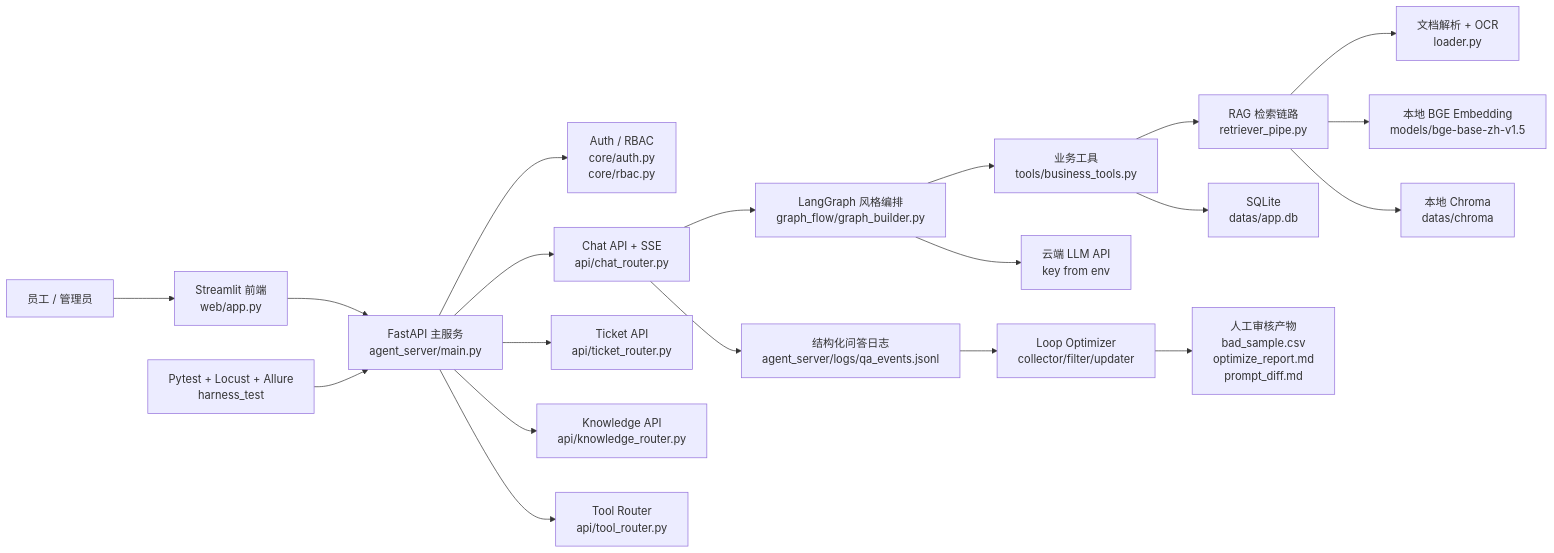
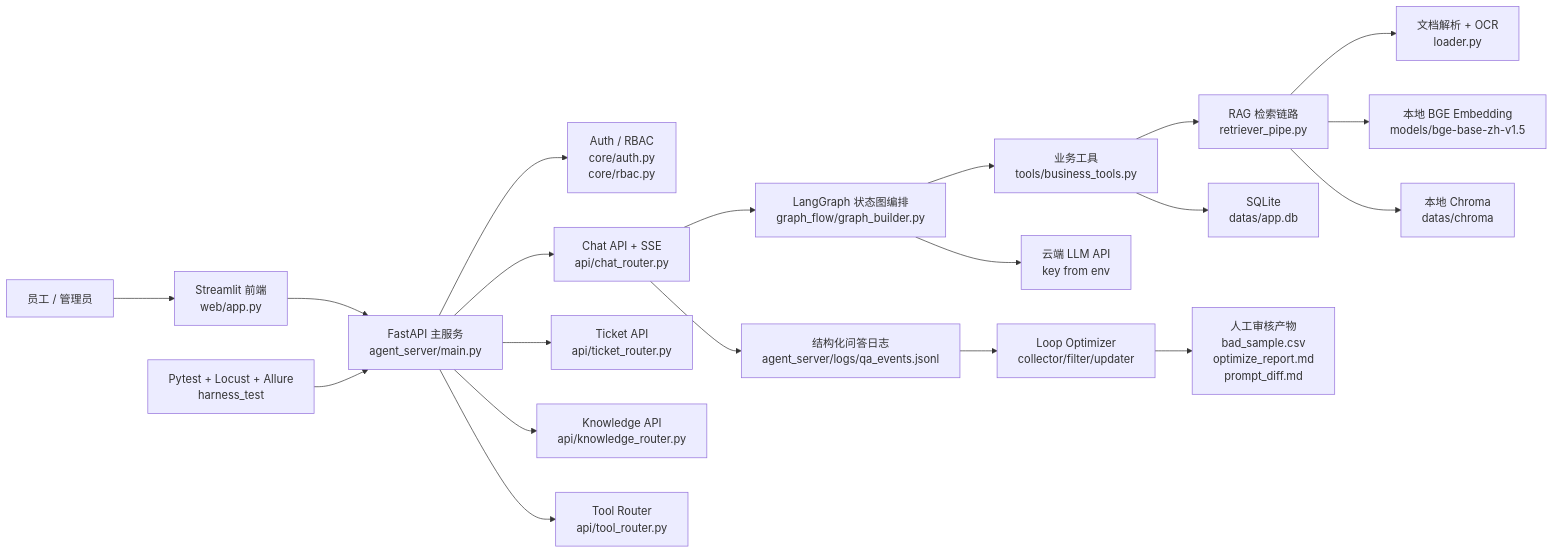
The diagram in docs/architecture.md (jiujiu369/knowledge_agent), drawn with Mermaid before and after one commit. The commit also changed 6 other files, not shown here.

````diff
--- a/docs/architecture.md
+++ b/docs/architecture.md
@@ -5,26 +5,26 @@
 ```mermaid
 flowchart LR
     User["员工 / 管理员"] --> Web["Streamlit 前端\nweb/app.py"]
     Web --> API["FastAPI 主服务\nagent_server/main.py"]
 
     API --> Auth["Auth / RBAC\ncore/auth.py\ncore/rbac.py"]
     API --> Chat["Chat API + SSE\napi/chat_router.py"]
     API --> Ticket["Ticket API\napi/ticket_router.py"]
     API --> Knowledge["Knowledge API\napi/knowledge_router.py"]
     API --> Tool["Tool Router\napi/tool_router.py"]
 
-    Chat --> Graph["LangGraph 风格编排\ngraph_flow/graph_builder.py"]
+    Chat --> Graph["LangGraph 状态图编排\ngraph_flow/graph_builder.py"]
     Graph --> Tools["业务工具\ntools/business_tools.py"]
     Tools --> RAG["RAG 检索链路\nretriever_pipe.py"]
     RAG --> Loader["文档解析 + OCR\nloader.py"]
     RAG --> Embedding["本地 BGE Embedding\nmodels/bge-base-zh-v1.5"]
     RAG --> Chroma["本地 Chroma\ndatas/chroma"]
     Tools --> DB["SQLite\ndatas/app.db"]
     Graph --> LLM["云端 LLM API\nkey from env"]
 
     Chat --> QALog["结构化问答日志\nagent_server/logs/qa_events.jsonl"]
     QALog --> Loop["Loop Optimizer\ncollector/filter/updater"]
     Loop --> Output["人工审核产物\nbad_sample.csv\noptimize_report.md\nprompt_diff.md"]
 
     Harness["Pytest + Locust + Allure\nharness_test"] --> API
 ```
````
